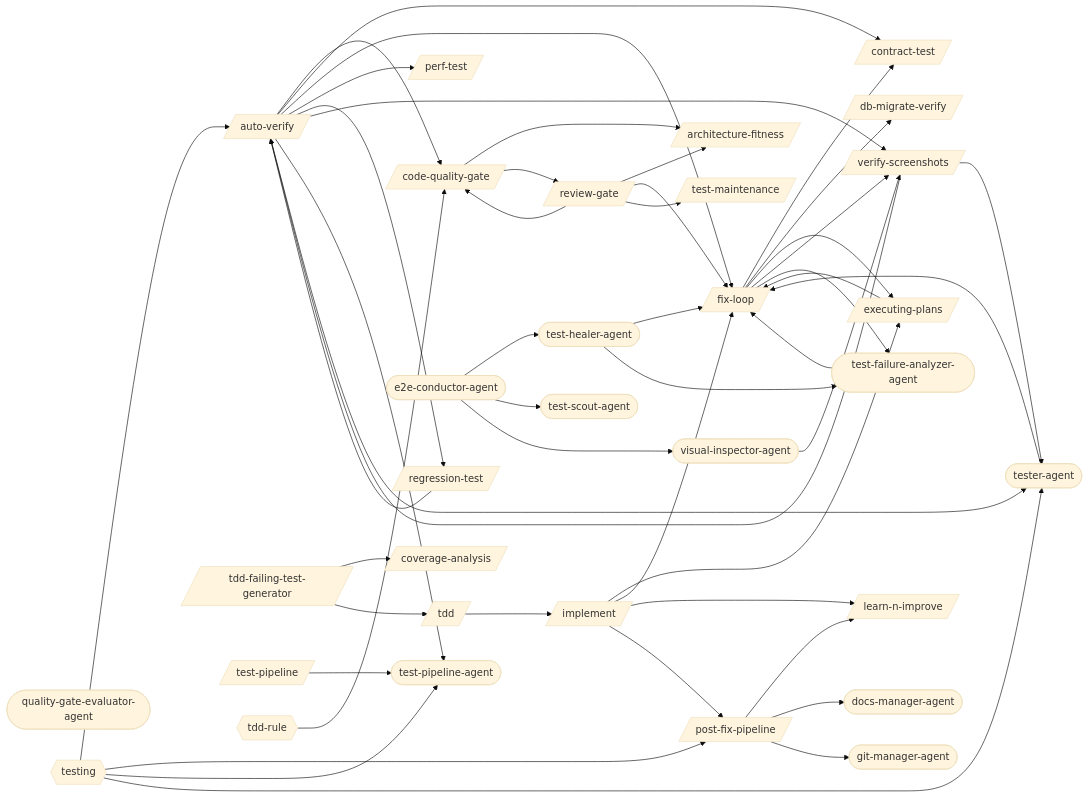
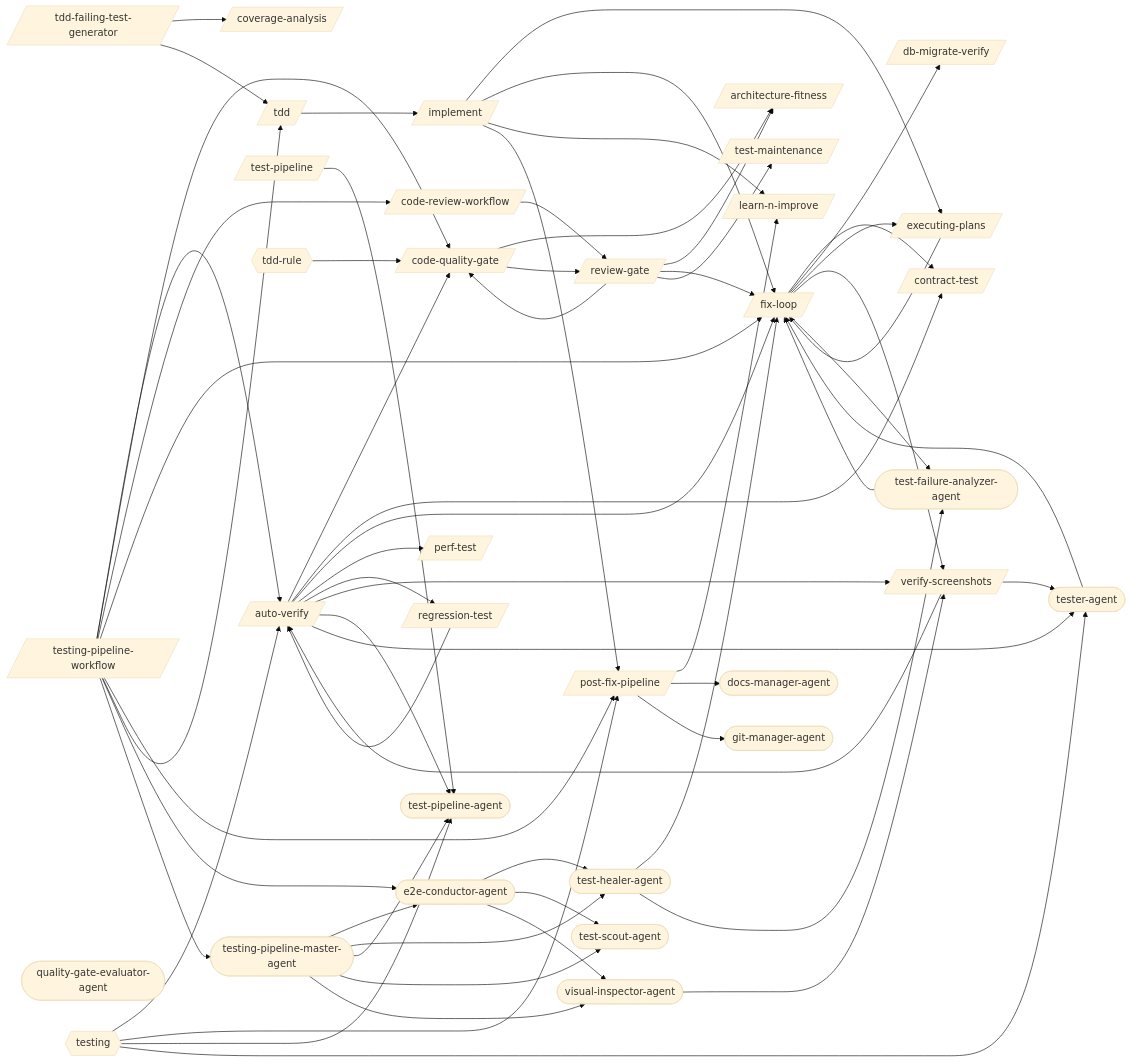
One commit to abhayla/claude-best-practices changed the first of 2 diagrams in docs/workflows/testing-pipeline.md. Above: the diagram before and after it, drawn with Mermaid (base theme). The commit also changed other lines of this file and 11 other files, not shown here.

```diff
--- a/docs/workflows/testing-pipeline.md
+++ b/docs/workflows/testing-pipeline.md
@@ -11,6 +11,7 @@
     architecture_fitness[/architecture-fitness/]
     auto_verify[/auto-verify/]
     code_quality_gate[/code-quality-gate/]
+    code_review_workflow[/code-review-workflow/]
     contract_test[/contract-test/]
     coverage_analysis[/coverage-analysis/]
     db_migrate_verify[/db-migrate-verify/]
@@ -26,6 +27,7 @@
     tdd_failing_test_generator[/tdd-failing-test-generator/]
     test_maintenance[/test-maintenance/]
     test_pipeline[/test-pipeline/]
+    testing_pipeline_workflow[/testing-pipeline-workflow/]
     verify_screenshots[/verify-screenshots/]
     docs_manager_agent([docs-manager-agent])
     e2e_conductor_agent([e2e-conductor-agent])
@@ -36,6 +38,7 @@
     test_pipeline_agent([test-pipeline-agent])
     test_scout_agent([test-scout-agent])
     tester_agent([tester-agent])
+    testing_pipeline_master_agent([testing-pipeline-master-agent])
     visual_inspector_agent([visual-inspector-agent])
     tdd_rule{{tdd-rule}}
     testing{{testing}}
@@ -49,6 +52,7 @@
     auto_verify --> tester_agent
     code_quality_gate --> architecture_fitness
     code_quality_gate --> review_gate
+    code_review_workflow --> review_gate
     executing_plans --> fix_loop
     fix_loop --> contract_test
     fix_loop --> db_migrate_verify
@@ -71,6 +75,14 @@
     tdd_failing_test_generator --> coverage_analysis
     tdd_failing_test_generator --> tdd
     test_pipeline --> test_pipeline_agent
+    testing_pipeline_workflow --> auto_verify
+    testing_pipeline_workflow --> code_quality_gate
+    testing_pipeline_workflow --> code_review_workflow
+    testing_pipeline_workflow --> fix_loop
+    testing_pipeline_workflow --> post_fix_pipeline
+    testing_pipeline_workflow --> tdd
+    testing_pipeline_workflow --> e2e_conductor_agent
+    testing_pipeline_workflow --> testing_pipeline_master_agent
     verify_screenshots --> auto_verify
     verify_screenshots --> tester_agent
     e2e_conductor_agent --> test_healer_agent
@@ -80,6 +92,11 @@
     test_healer_agent --> fix_loop
     test_healer_agent --> test_failure_analyzer_agent
     tester_agent --> fix_loop
+    testing_pipeline_master_agent --> e2e_conductor_agent
+    testing_pipeline_master_agent --> test_healer_agent
+    testing_pipeline_master_agent --> test_pipeline_agent
+    testing_pipeline_master_agent --> test_scout_agent
+    testing_pipeline_master_agent --> visual_inspector_agent
     visual_inspector_agent --> verify_screenshots
     tdd_rule --> code_quality_gate
     testing --> auto_verify
```
